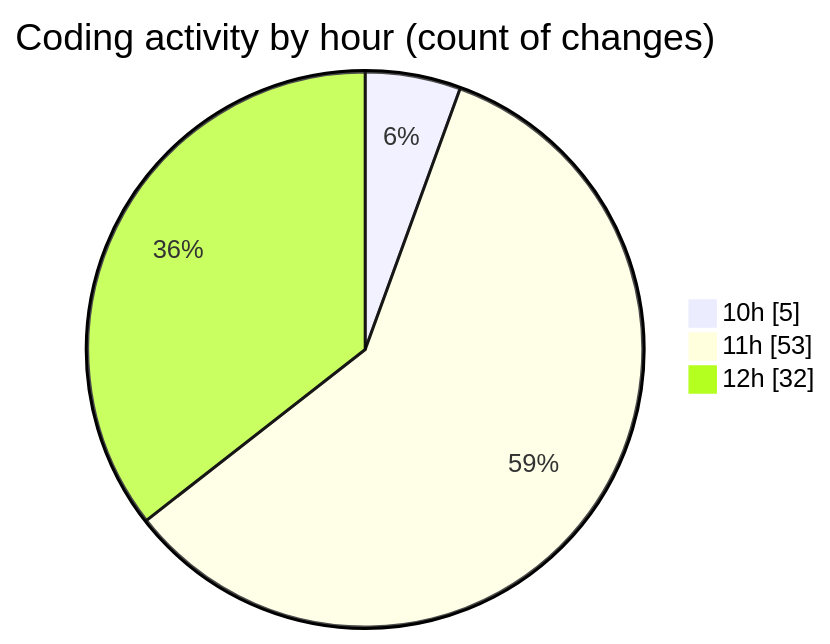
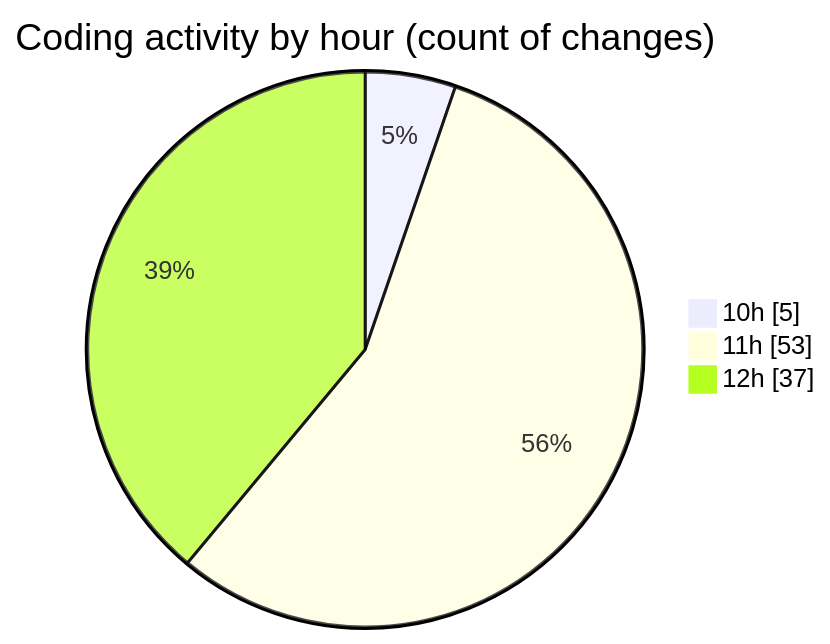
Before and after one commit to momahboobian/code-tracking: the second of 2 diagrams in 2025-06-17/cda/README.md, drawn with Mermaid. The commit also changed other lines of this file and 1 other file, not shown here.

````diff
--- a/2025-06-17/cda/README.md
+++ b/2025-06-17/cda/README.md
@@ -32,7 +32,7 @@
 ```mermaid
 pie showData
 title Coding activity by hour (count of changes)
 "10h" : 5
 "11h" : 53
-"12h" : 32
+"12h" : 37
 ```
````
